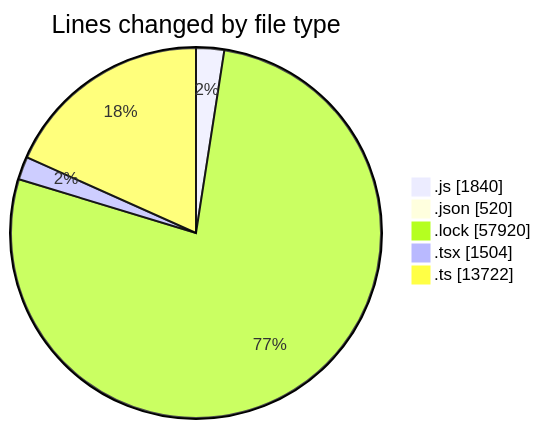
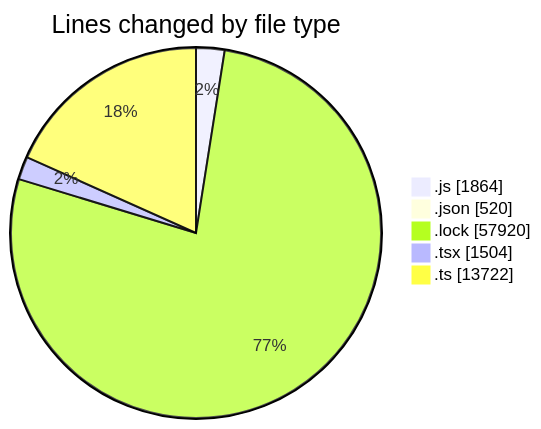
Before and after one commit to momahboobian/code-tracking: the first of 2 diagrams in 2025-12-18/cda/README.md, drawn with Mermaid. The commit also changed other lines of this file and 1 other file, not shown here.

````diff
--- a/2025-12-18/cda/README.md
+++ b/2025-12-18/cda/README.md
@@ -60,9 +60,9 @@
 ```mermaid
 pie showData
 title Lines changed by file type
-".js" : 1840
+".js" : 1864
 ".json" : 520
 ".lock" : 57920
 ".tsx" : 1504
 ".ts" : 13722
 ```
````
